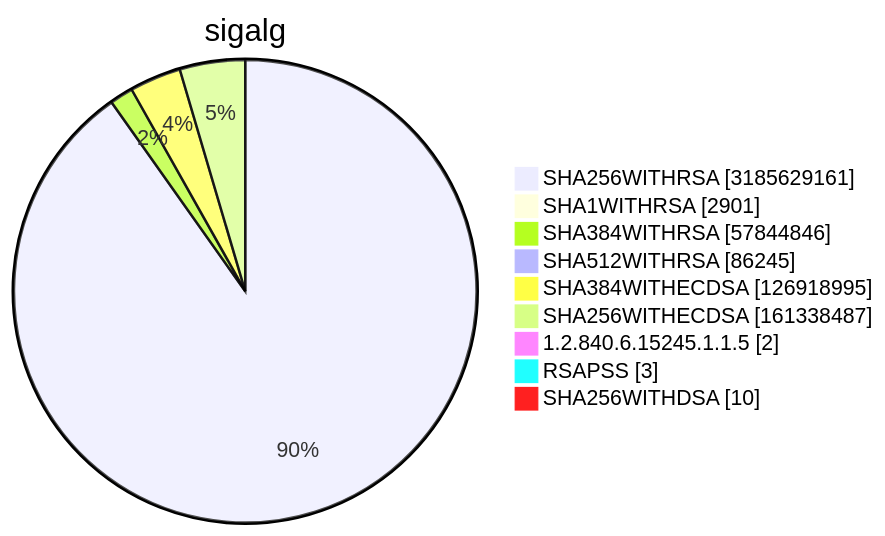
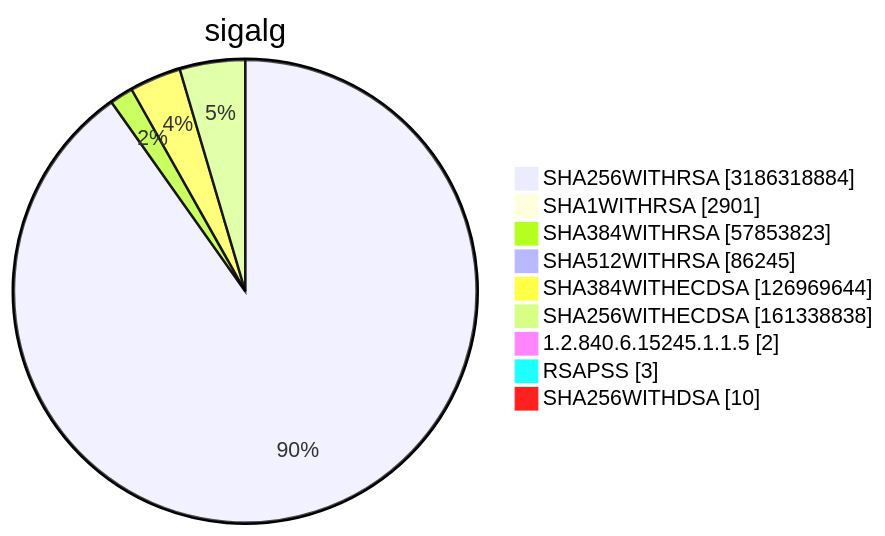
Diagram 15 of 15 in TOTAL/README.md (christiankrug/ctmonitor_visualization), drawn with Mermaid before and after one commit. The commit also changed other lines of this file, not shown here.

````diff
--- a/TOTAL/README.md
+++ b/TOTAL/README.md
@@ -6216,13 +6216,13 @@
 ```mermaid
 pie showData
 title sigalg
-"SHA256WITHRSA" :3185629161
+"SHA256WITHRSA" :3186318884
 "SHA1WITHRSA" :2901
-"SHA384WITHRSA" :57844846
+"SHA384WITHRSA" :57853823
 "SHA512WITHRSA" :86245
-"SHA384WITHECDSA" :126918995
-"SHA256WITHECDSA" :161338487
+"SHA384WITHECDSA" :126969644
+"SHA256WITHECDSA" :161338838
 "1.2.840.6.15245.1.1.5" :2
 "RSAPSS" :3
 "SHA256WITHDSA" :10
 ```
````
